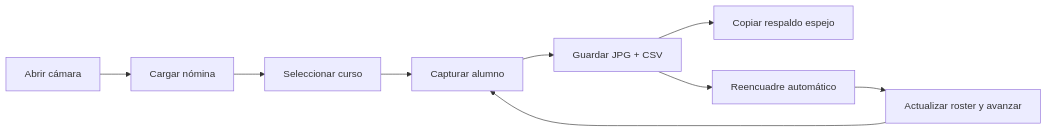
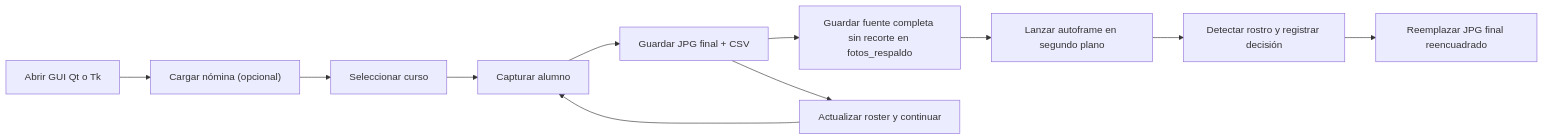
The first of 3 diagrams in README.md (JackStar6677-1/castel-credcam), drawn with Mermaid before and after one commit. The commit also changed other lines of this file and 7 other files, not shown here.

````diff
--- a/README.md
+++ b/README.md
@@ -22,11 +22,13 @@
 ```mermaid
 flowchart LR
-    A["Abrir cámara"] --> B["Cargar nómina"]
+    A["Abrir GUI Qt o Tk"] --> B["Cargar nómina (opcional)"]
     B --> C["Seleccionar curso"]
     C --> D["Capturar alumno"]
-    D --> E["Guardar JPG + CSV"]
-    E --> F["Copiar respaldo espejo"]
-    E --> G["Reencuadre automático"]
-    G --> H["Actualizar roster y avanzar"]
-    H --> D
+    D --> E["Guardar JPG final + CSV"]
+    E --> F["Guardar fuente completa sin recorte en fotos_respaldo"]
+    F --> G["Lanzar autoframe en segundo plano"]
+    G --> H["Detectar rostro y registrar decisión"]
+    H --> I["Reemplazar JPG final reencuadrado"]
+    E --> J["Actualizar roster y continuar"]
+    J --> D
 ```
````
